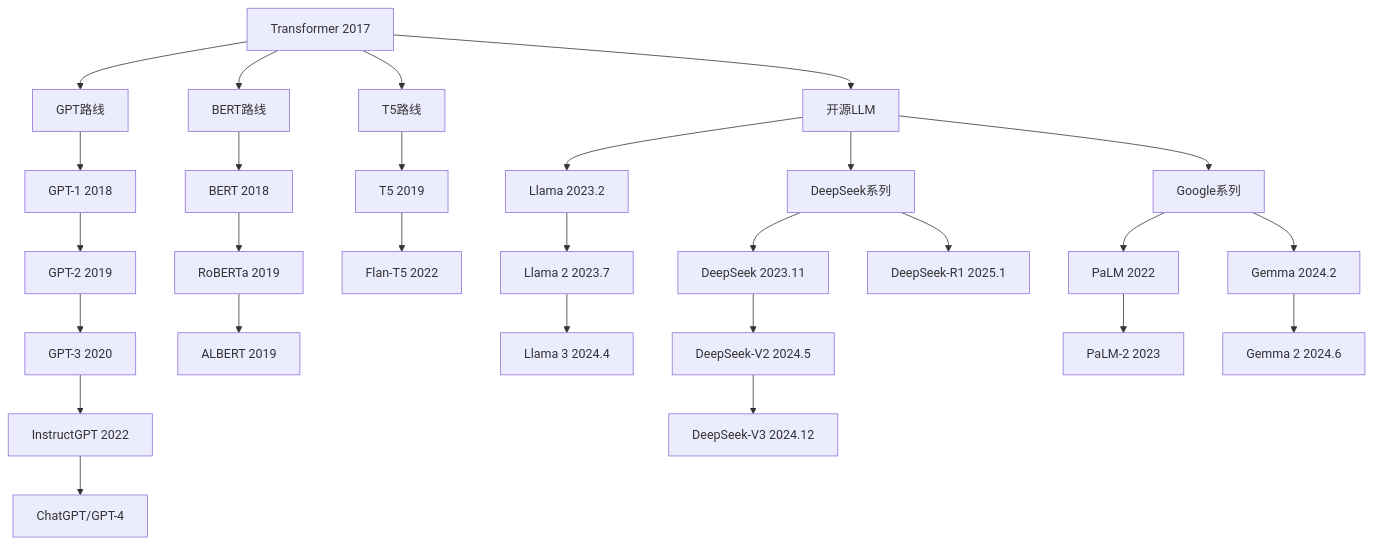
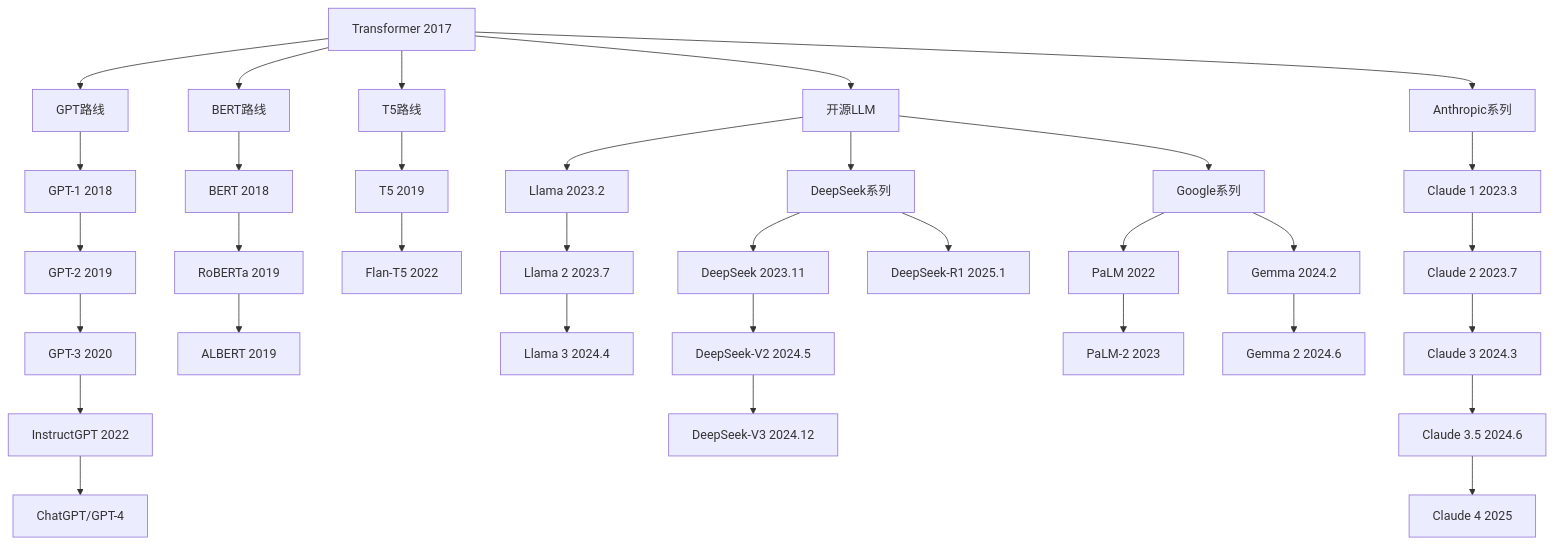
One commit to kyksj-1/LLM-from-0 changed the fourth of 18 diagrams in 00_overview/README.md. Above: the diagram before and after it, drawn with Mermaid. The commit also changed other lines of this file and 2 other files, not shown here.

````diff
--- a/00_overview/README.md
+++ b/00_overview/README.md
@@ -185,36 +188,43 @@
 ```mermaid
 graph TD
     A[Transformer 2017] --> B[GPT路线]
     A --> C[BERT路线]
     A --> D[T5路线]
     
     B --> B1[GPT-1 2018]
     B1 --> B2[GPT-2 2019]
     B2 --> B3[GPT-3 2020]
     B3 --> B4[InstructGPT 2022]
     B4 --> B5[ChatGPT/GPT-4]
     
     C --> C1[BERT 2018]
     C1 --> C2[RoBERTa 2019]
     C2 --> C3[ALBERT 2019]
     
     D --> D1[T5 2019]
     D1 --> D2[Flan-T5 2022]
     
     A --> E[开源LLM]
     E --> E1[Llama 2023.2]
     E1 --> E2[Llama 2 2023.7]
     E2 --> E3[Llama 3 2024.4]
     
     E --> F[DeepSeek系列]
     F --> F1[DeepSeek 2023.11]
     F1 --> F2[DeepSeek-V2 2024.5]
     F2 --> F3[DeepSeek-V3 2024.12]
     F --> F4[DeepSeek-R1 2025.1]
     
     E --> G[Google系列]
     G --> G1[PaLM 2022]
     G1 --> G2[PaLM-2 2023]
     G --> G3[Gemma 2024.2]
     G3 --> G4[Gemma 2 2024.6]
+
+    A --> H[Anthropic系列]
+    H --> H1[Claude 1 2023.3]
+    H1 --> H2[Claude 2 2023.7]
+    H2 --> H3[Claude 3 2024.3]
+    H3 --> H4[Claude 3.5 2024.6]
+    H4 --> H5[Claude 4 2025]
 ```
````
